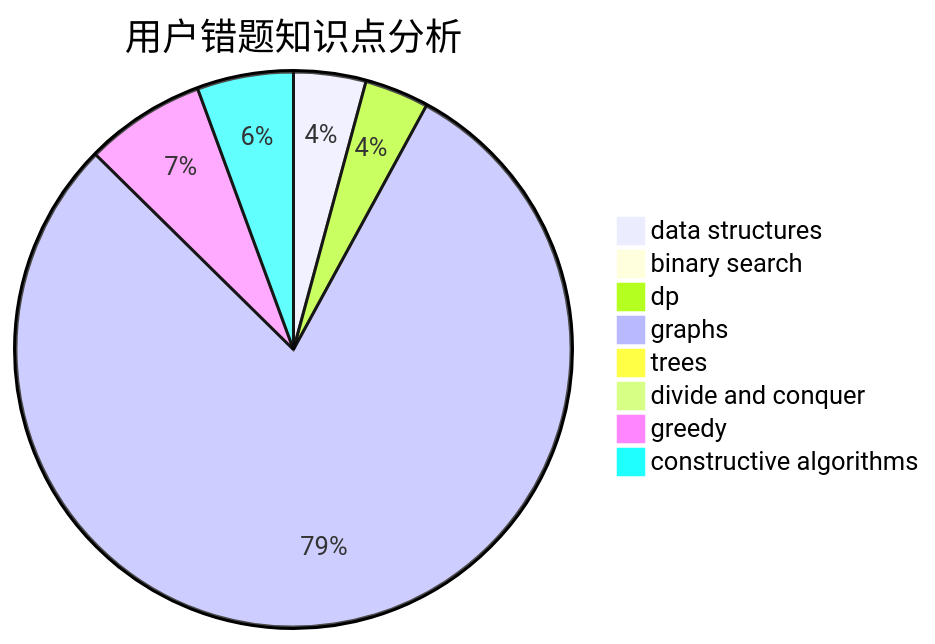
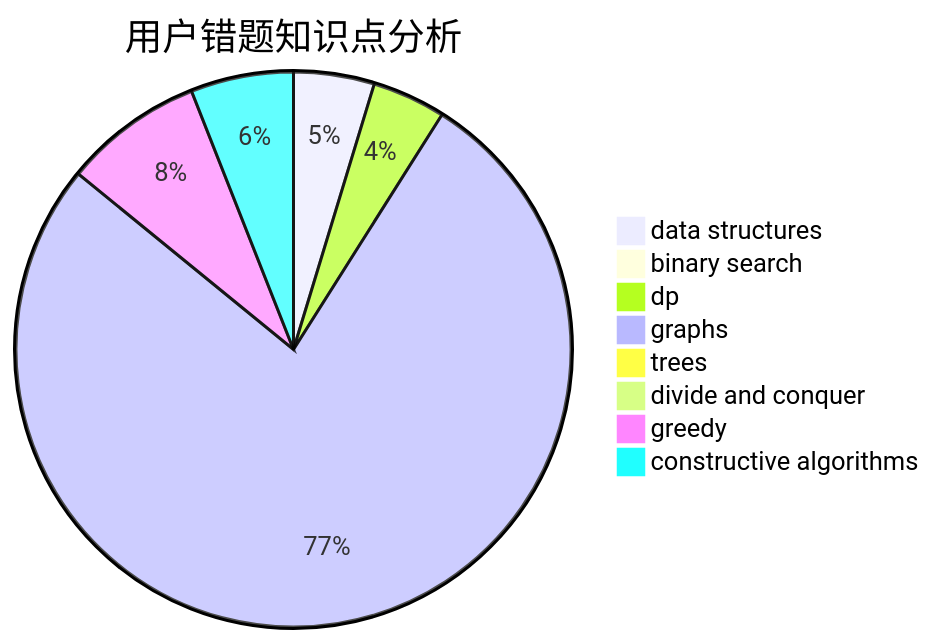
The third of 3 diagrams in docs/user/u604.md (sherpahu/cfrs.github.io), drawn with Mermaid before and after one commit. The commit also changed other lines of this file and 2770 other files, not shown here.

````diff
--- a/docs/user/u604.md
+++ b/docs/user/u604.md
@@ -36,11 +36,11 @@
 ```mermaid
 pie title 用户错题知识点分析
-    "data structures" :  9
+    "data structures" :  11
     "binary search" :  1
-    "dp" :  8
-    "graphs" :  170
+    "dp" :  10
+    "graphs" :  180
     "trees" :  0
     "divide and conquer" :  0
-    "greedy" :  15
-    "constructive algorithms" :  12
+    "greedy" :  19
+    "constructive algorithms" :  14
 ```
````
